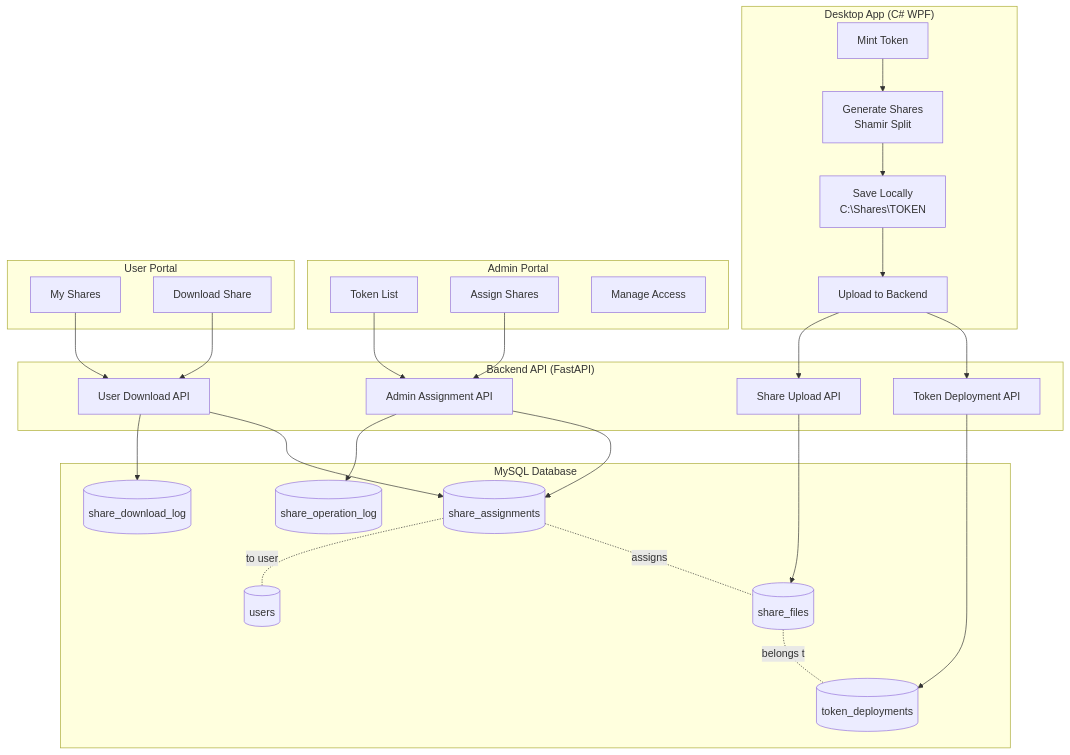
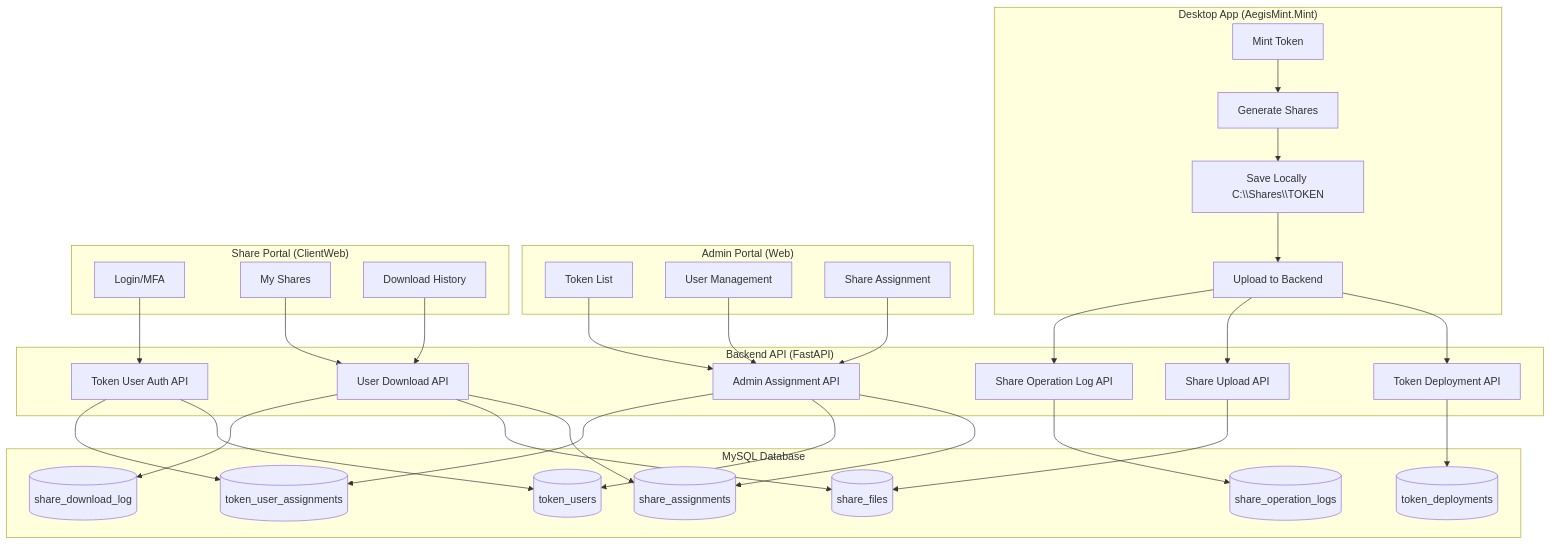
One commit to commentors-net/Aegis-Mint changed the first of 5 diagrams in SHARE-MANAGEMENT-FLOW-FULL-IMPLEMENTATION.md. Above: the diagram before and after it, drawn with Mermaid. The commit also changed other lines of this file and 5 other files, not shown here.

````diff
--- a/SHARE-MANAGEMENT-FLOW-FULL-IMPLEMENTATION.md
+++ b/SHARE-MANAGEMENT-FLOW-FULL-IMPLEMENTATION.md
@@ -32,54 +22,62 @@
 ```mermaid
 graph TB
-    subgraph Desktop["Desktop App (C# WPF)"]
+    subgraph Desktop["Desktop App (AegisMint.Mint)"]
         D1[Mint Token]
-        D2[Generate Shares<br/>Shamir Split]
-        D3[Save Locally<br/>C:\Shares\TOKEN]
+        D2[Generate Shares]
+        D3[Save Locally C:\\Shares\\TOKEN]
         D4[Upload to Backend]
     end
     
     subgraph Backend["Backend API (FastAPI)"]
         B1[Token Deployment API]
         B2[Share Upload API]
         B3[Admin Assignment API]
         B4[User Download API]
+        B5[Token User Auth API]
+        B6[Share Operation Log API]
     end
     
-    subgraph AdminUI["Admin Portal"]
+    subgraph AdminUI["Admin Portal (Web)"]
         A1[Token List]
-        A2[Assign Shares]
-        A3[Manage Access]
+        A2[User Management]
+        A3[Share Assignment]
     end
     
-    subgraph UserUI["User Portal"]
-        U1[My Shares]
-        U2[Download Share]
+    subgraph UserUI["Share Portal (ClientWeb)"]
+        U1[Login/MFA]
+        U2[My Shares]
+        U3[Download History]
     end
     
     subgraph Database["MySQL Database"]
         DB1[(token_deployments)]
         DB2[(share_files)]
         DB3[(share_assignments)]
-        DB4[(users)]
-        DB5[(share_download_log)]
-        DB6[(share_operation_log)]
+        DB4[(token_users)]
+        DB5[(token_user_assignments)]
+        DB6[(share_download_log)]
+        DB7[(share_operation_logs)]
     end
     
     D1 --> D2 --> D3 --> D4
     D4 --> B1 --> DB1
     D4 --> B2 --> DB2
+    D4 --> B6 --> DB7
     
     A1 --> B3
     A2 --> B3
+    A3 --> B3
     B3 --> DB3
-    B3 --> DB6
+    B3 --> DB4
+    B3 --> DB5
     
-    U1 --> B4
+    U1 --> B5
+    B5 --> DB4
+    B5 --> DB5
+    
     U2 --> B4
+    U3 --> B4
     B4 --> DB3
-    B4 --> DB5
-    
-    DB2 -.belongs to.- DB1
-    DB3 -.assigns.- DB2
-    DB3 -.to user.- DB4
+    B4 --> DB2
+    B4 --> DB6
 ```
````
